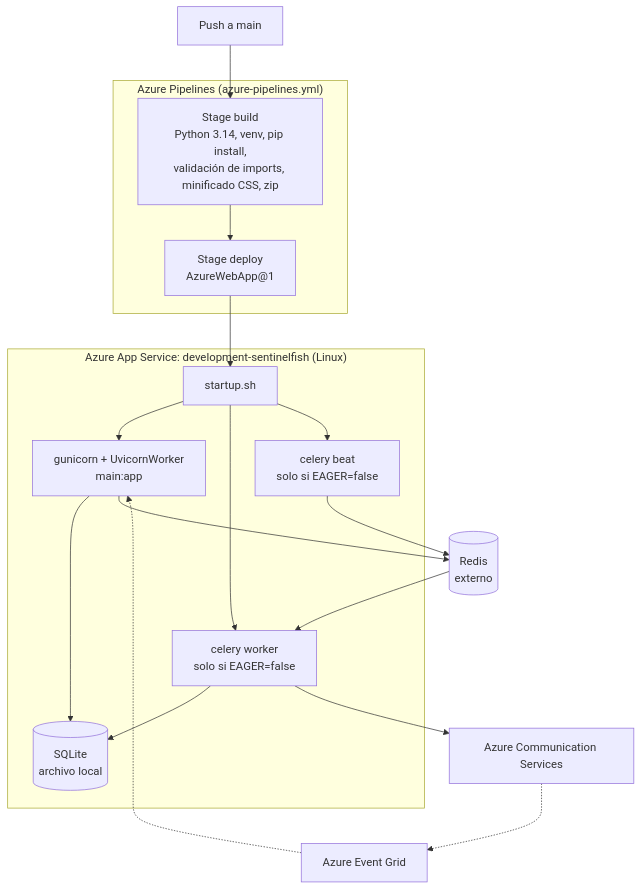
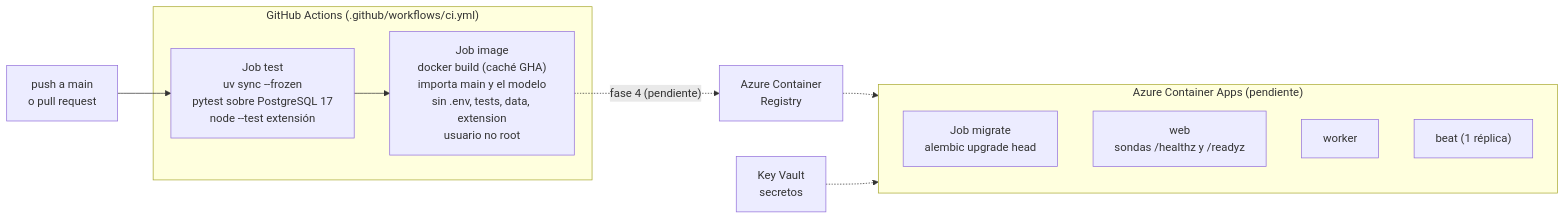
Before and after one commit to josefranco05/security-awareness-documentacion: the fifth of 6 diagrams in sentinel-documentacion.md, drawn with Mermaid. The commit also changed other lines of this file, not shown here.

Commit message:
Se actualiza la documentacion tecnica para incluir las nuevas historias de usuario y explicaciones correctas para produccion.

````diff
--- a/sentinel-documentacion.md
+++ b/sentinel-documentacion.md
@@ -191,36 +197,22 @@
 ```mermaid
-flowchart TB
-    push["Push a main"]
+flowchart LR
+    push["push a main<br/>o pull request"] --> test
 
-    subgraph pipeline["Azure Pipelines (azure-pipelines.yml)"]
-        build["Stage build<br/>Python 3.14, venv, pip install,<br/>validación de imports, minificado CSS, zip"]
-        deploy["Stage deploy<br/>AzureWebApp@1"]
-        build --> deploy
+    subgraph gha["GitHub Actions (.github/workflows/ci.yml)"]
+        test["Job test<br/>uv sync --frozen<br/>pytest sobre PostgreSQL 17<br/>node --test extensión"]
+        image["Job image<br/>docker build (caché GHA)<br/>importa main y el modelo<br/>sin .env, tests, data, extension<br/>usuario no root"]
+        test --> image
     end
 
-    subgraph appsvc["Azure App Service: development-sentinelfish (Linux)"]
-        startup["startup.sh"]
-        gunicorn["gunicorn + UvicornWorker<br/>main:app"]
-        cworker["celery worker<br/>solo si EAGER=false"]
-        cbeat["celery beat<br/>solo si EAGER=false"]
-        sqlite[("SQLite<br/>archivo local")]
-        startup --> gunicorn
-        startup --> cworker
-        startup --> cbeat
-        gunicorn --> sqlite
-        cworker --> sqlite
+    image -. "fase 4 (pendiente)" .-> acr["Azure Container<br/>Registry"]
+    acr -.-> aca
+
+    subgraph aca["Azure Container Apps (pendiente)"]
+        job["Job migrate<br/>alembic upgrade head"]
+        cweb["web<br/>sondas /healthz y /readyz"]
+        cworker["worker"]
+        cbeat["beat (1 réplica)"]
     end
 
-    redis[("Redis<br/>externo")]
-    acs["Azure Communication Services"]
-    eg["Azure Event Grid"]
-
-    push --> build
-    deploy --> startup
-    gunicorn --> redis
-    cbeat --> redis
-    redis --> cworker
-    cworker --> acs
-    acs -.-> eg
-    eg -.-> gunicorn
+    kv["Key Vault<br/>secretos"] -.-> aca
 ```
````
